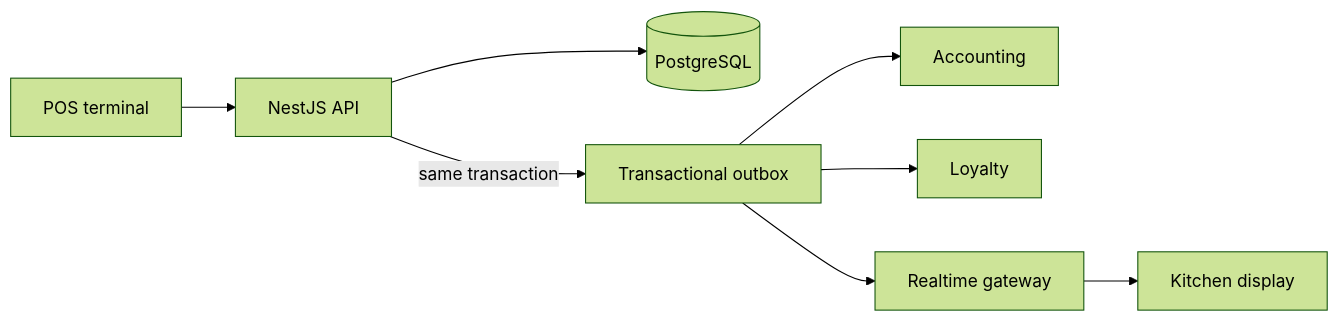
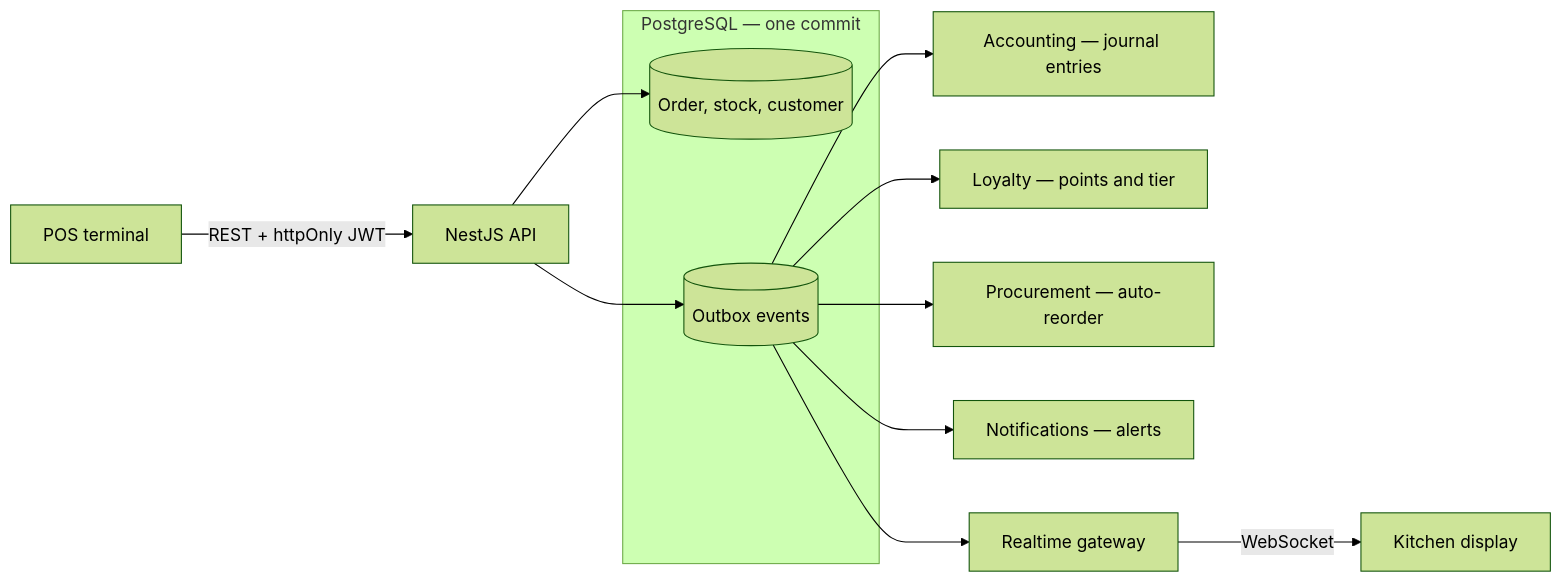
One commit to nkieu-config/branchbrew-cafe-erp changed the diagram in README.md. Above: the diagram before and after it, drawn with Mermaid (forest theme). The commit also changed other lines of this file and 1 other file, not shown here.

First line of the commit message:
docs: show the source tree, and fix what the system diagram claimed

````diff
--- a/README.md
+++ b/README.md
@@ -41,10 +75,16 @@
 ```mermaid
 flowchart LR
-  POS["POS terminal"] --> API["NestJS API"]
-  API --> PG[("PostgreSQL")]
-  API -->|"same transaction"| OB["Transactional outbox"]
-  OB --> ACC["Accounting"]
-  OB --> LOY["Loyalty"]
+  POS["POS terminal"] -->|"REST + httpOnly JWT"| API["NestJS API"]
+  subgraph TX["PostgreSQL — one commit"]
+    BIZ[("Order, stock, customer")]
+    OB[("Outbox events")]
+  end
+  API --> BIZ
+  API --> OB
+  OB --> ACC["Accounting — journal entries"]
+  OB --> LOY["Loyalty — points and tier"]
+  OB --> PROC["Procurement — auto-reorder"]
+  OB --> NOTIF["Notifications — alerts"]
   OB --> RT["Realtime gateway"]
-  RT --> KDS["Kitchen display"]
+  RT -->|WebSocket| KDS["Kitchen display"]
 ```
````
